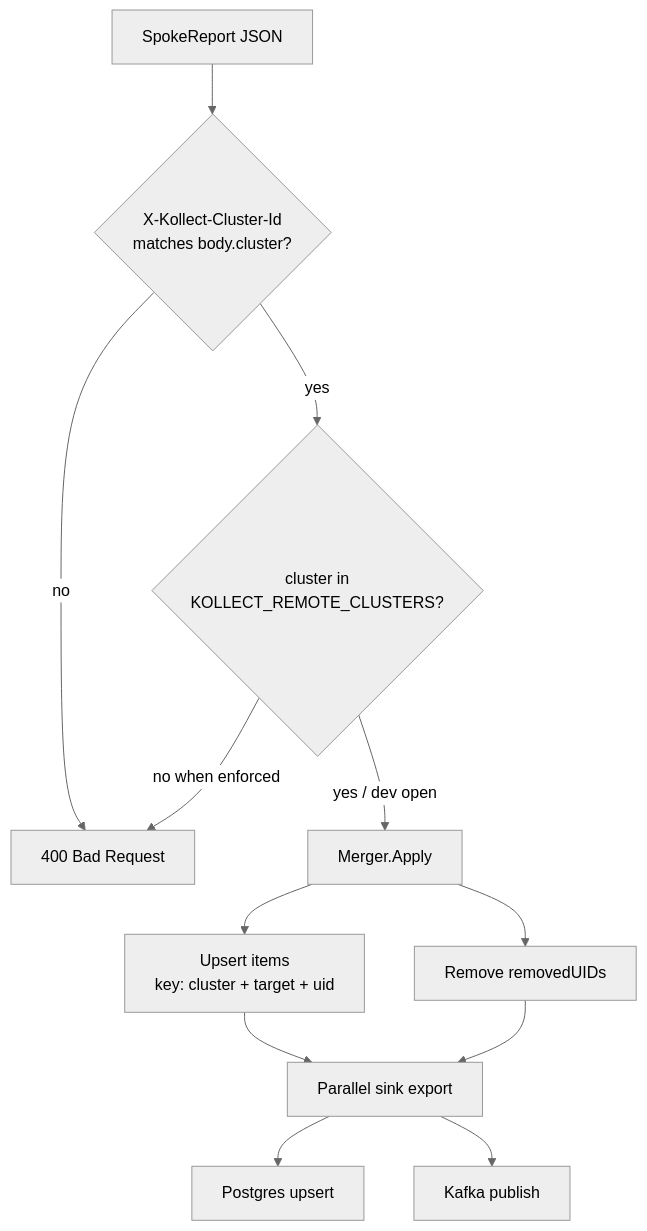
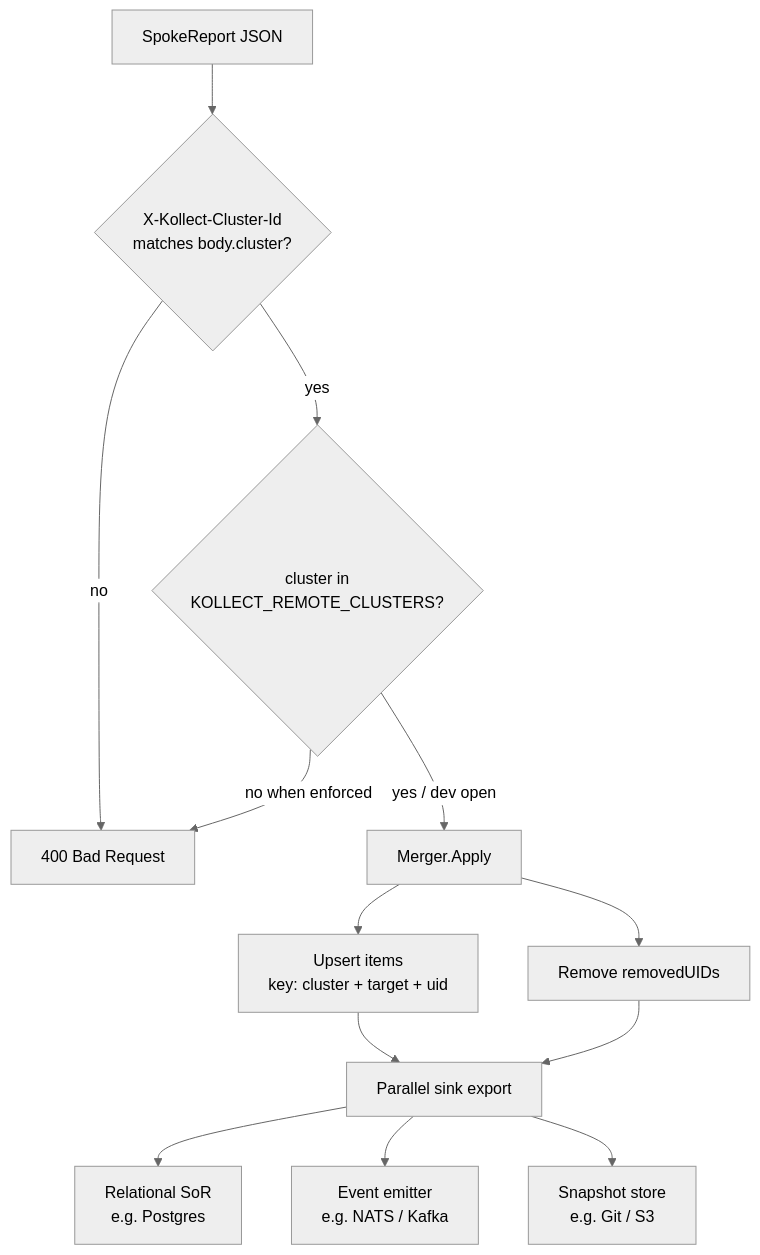
The ninth of 11 diagrams in docs/DATA-FLOWS.md (PlatformRelay/Kollect), drawn with Mermaid (neutral theme) before and after one commit. The commit also changed other lines of this file and 3 other files, not shown here.

````diff
--- a/docs/DATA-FLOWS.md
+++ b/docs/DATA-FLOWS.md
@@ -259,14 +266,15 @@
 ```mermaid
 flowchart TD
   Report[SpokeReport JSON] --> Wire{X-Kollect-Cluster-Id<br/>matches body.cluster?}
   Wire -->|no| Reject[400 Bad Request]
   Wire -->|yes| ACL{cluster in<br/>KOLLECT_REMOTE_CLUSTERS?}
   ACL -->|no when enforced| Reject
   ACL -->|yes / dev open| Apply[Merger.Apply]
   Apply --> Upsert[Upsert items<br/>key: cluster + target + uid]
   Apply --> Remove[Remove removedUIDs]
   Upsert --> HubExport[Parallel sink export]
   Remove --> HubExport
-  HubExport --> PG[Postgres upsert]
-  HubExport --> KF[Kafka publish]
+  HubExport --> SoR[Relational SoR<br/>e.g. Postgres]
+  HubExport --> Emit[Event emitter<br/>e.g. NATS / Kafka]
+  HubExport --> Snap[Snapshot store<br/>e.g. Git / S3]
 ```
````
